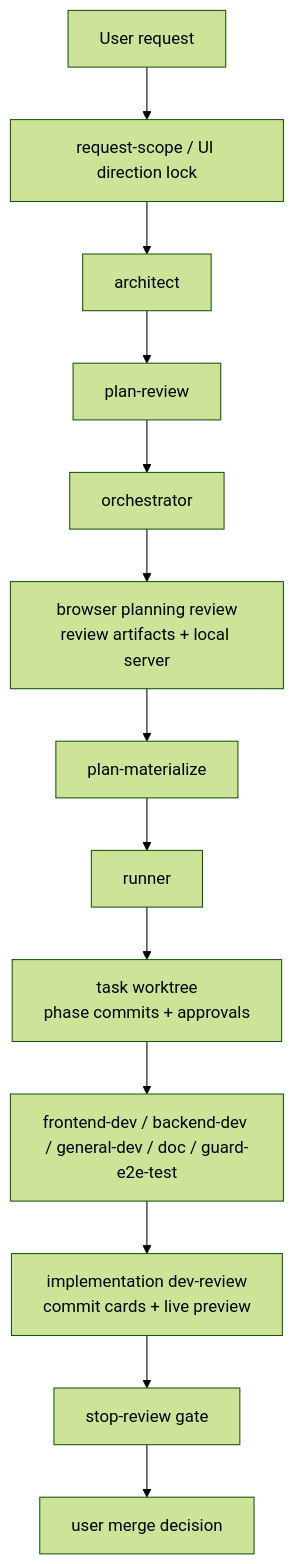
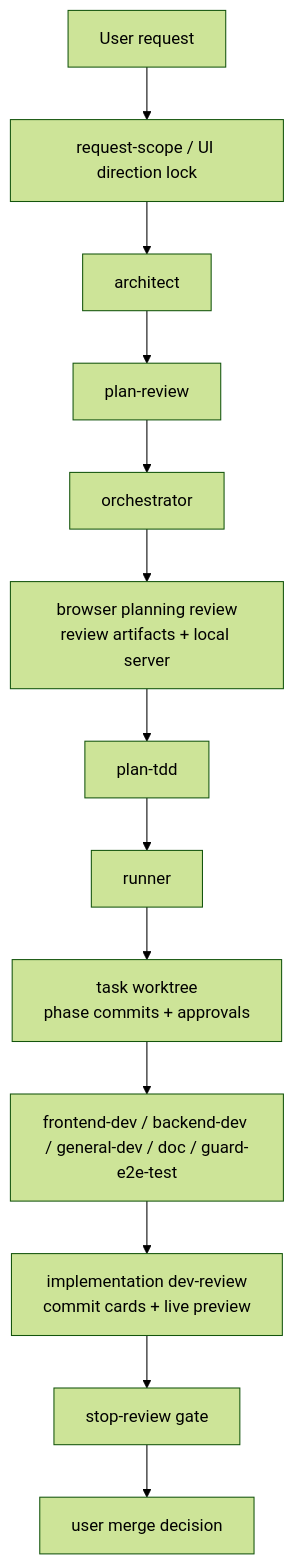
Before and after one commit to SeoJaeWan/try-claude-code: the tenth of 14 diagrams in docs/claude-code-workflow-evolution.md, drawn with Mermaid (forest theme). The commit also changed other lines of this file and 88 other files, not shown here.

First line of the commit message:
docs(codex): rename plan wiki and tdd workflow

````diff
--- a/docs/claude-code-workflow-evolution.md
+++ b/docs/claude-code-workflow-evolution.md
@@ -496,18 +496,18 @@
 ```mermaid
 flowchart TD
     U["User request"]
     LOCK["request-scope / UI direction lock"]
     ARCH["architect"]
     REVIEW["plan-review"]
     ORCH["orchestrator"]
     PLANDEVREV["browser planning review<br/>review artifacts + local server"]
-    MAT["plan-materialize"]
+    MAT["plan-tdd"]
     RUN["runner"]
     WT["task worktree<br/>phase commits + approvals"]
     EXEC["frontend-dev / backend-dev / general-dev / doc / guard-e2e-test"]
     IMPDEVREV["implementation dev-review<br/>commit cards + live preview"]
     STOP["stop-review gate"]
     MERGE["user merge decision"]
 
     U --> LOCK --> ARCH --> REVIEW --> ORCH --> PLANDEVREV --> MAT --> RUN --> WT --> EXEC --> IMPDEVREV --> STOP --> MERGE
 ```
````
